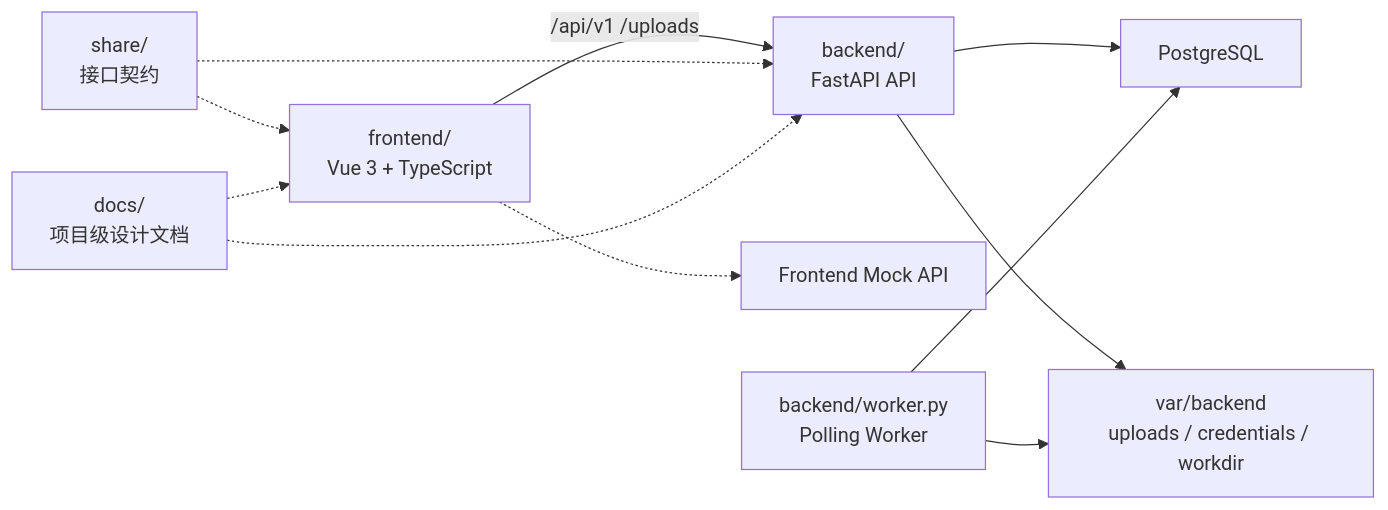
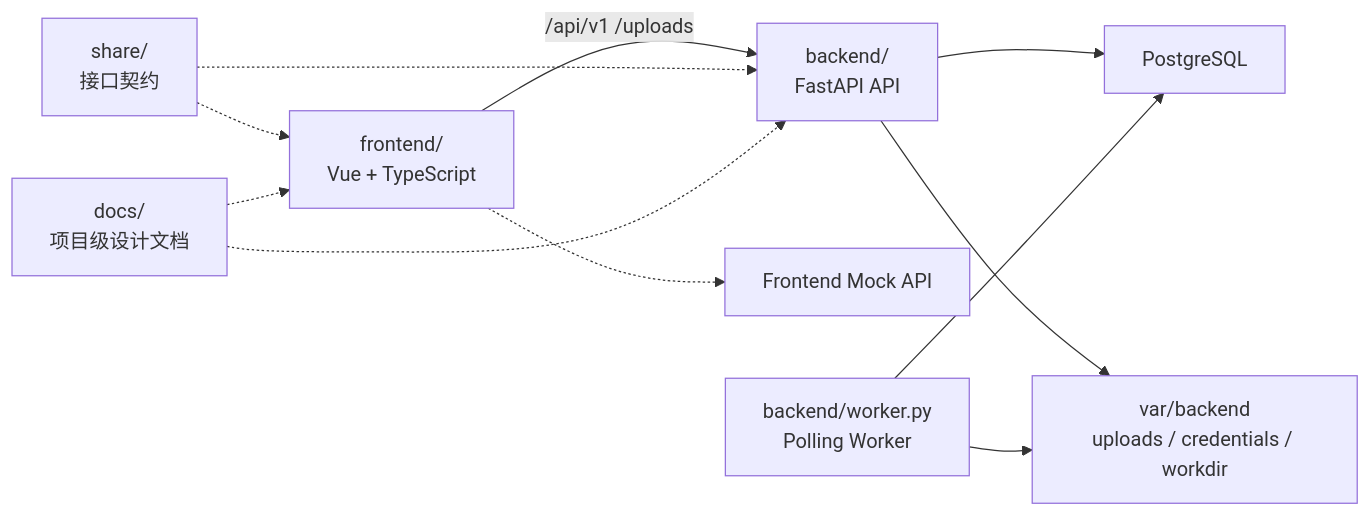
One commit to JToday666/agent_security_platform changed the diagram in README.md. Above: the diagram before and after it, drawn with Mermaid. The commit also changed other lines of this file and 13 other files, not shown here.

````diff
--- a/README.md
+++ b/README.md
@@ -65,13 +67,13 @@
 ```mermaid
 flowchart LR
-    FE["frontend/<br/>Vue 3 + TypeScript"] -->|"/api/v1 /uploads"| BE["backend/<br/>FastAPI API"]
+    FE["frontend/<br/>Vue + TypeScript"] -->|"/api/v1 /uploads"| BE["backend/<br/>FastAPI API"]
     FE -.-> MOCK["Frontend Mock API"]
     BE --> DB["PostgreSQL"]
     BE --> RT["var/backend<br/>uploads / credentials / workdir"]
     WK["backend/worker.py<br/>Polling Worker"] --> DB
     WK --> RT
     CONTRACT["share/<br/>接口契约"] -.-> FE
     CONTRACT -.-> BE
     DOCS["docs/<br/>项目级设计文档"] -.-> FE
     DOCS -.-> BE
 ```
````
